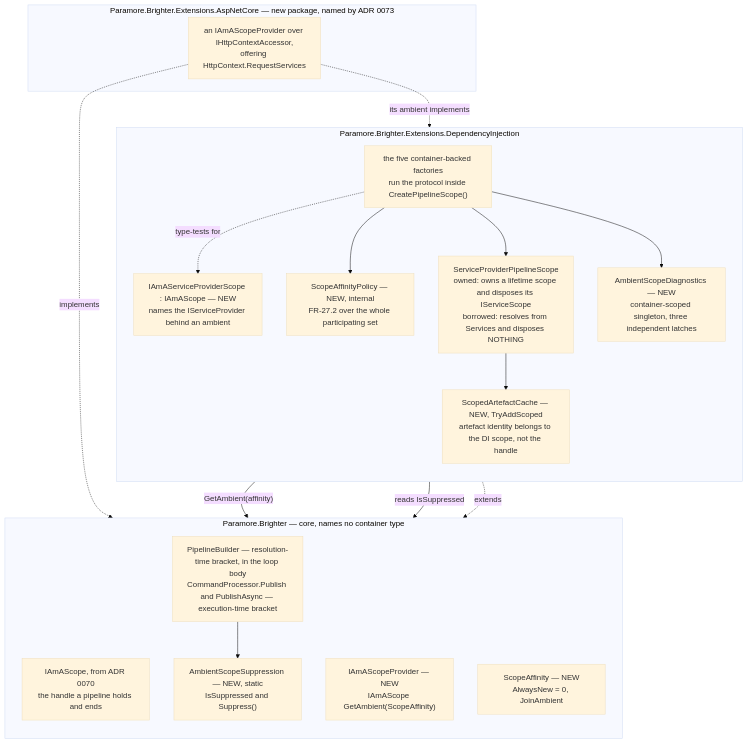
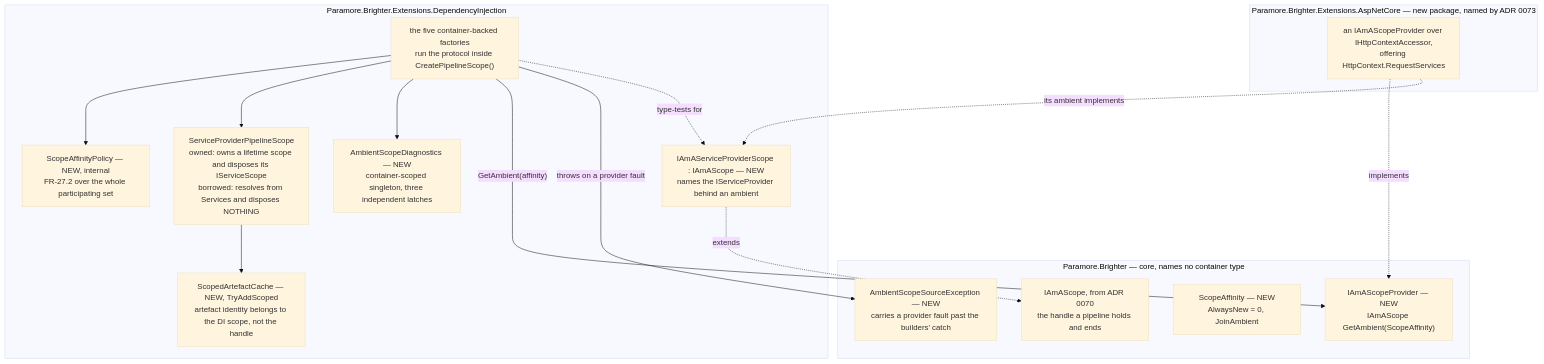
One commit to BrighterCommand/Brighter changed the diagram in docs/adr/0072-ambient-scope-adoption-seam.md. Above: the diagram before and after it, drawn with Mermaid (base theme). The commit also changed other lines of this file and 7 other files, not shown here.

````diff
--- a/docs/adr/0072-ambient-scope-adoption-seam.md
+++ b/docs/adr/0072-ambient-scope-adoption-seam.md
@@ -141,37 +110,33 @@
 ```mermaid
 flowchart TB
     subgraph core["Paramore.Brighter — core, names no container type"]
-        direction TB
         handle["IAmAScope, from ADR 0070<br/>the handle a pipeline holds and ends"]
         provider["IAmAScopeProvider — NEW<br/>IAmAScope GetAmbient(ScopeAffinity)"]
         affinity["ScopeAffinity — NEW<br/>AlwaysNew = 0, JoinAmbient"]
-        suppress["AmbientScopeSuppression — NEW, static<br/>IsSuppressed and Suppress()"]
-        brackets["PipelineBuilder — resolution-time bracket, in the loop body<br/>CommandProcessor.Publish and PublishAsync — execution-time bracket"]
-        brackets --> suppress
+        fault["AmbientScopeSourceException — NEW<br/>carries a provider fault past the builders' catch"]
     end
 
     subgraph di["Paramore.Brighter.Extensions.DependencyInjection"]
-        direction TB
         role["IAmAServiceProviderScope : IAmAScope — NEW<br/>names the IServiceProvider behind an ambient"]
         policy["ScopeAffinityPolicy — NEW, internal<br/>FR-27.2 over the whole participating set"]
         pipescope["ServiceProviderPipelineScope<br/>owned: owns a lifetime scope and disposes its IServiceScope<br/>borrowed: resolves from Services and disposes NOTHING"]
         cache["ScopedArtefactCache — NEW, TryAddScoped<br/>artefact identity belongs to the DI scope, not the handle"]
         diag["AmbientScopeDiagnostics — NEW<br/>container-scoped singleton, three independent latches"]
         facs["the five container-backed factories<br/>run the protocol inside CreatePipelineScope()"]
         facs --> policy
         facs --> pipescope
         facs --> diag
         pipescope --> cache
     end
 
     subgraph aspnet["Paramore.Brighter.Extensions.AspNetCore — new package, named by ADR 0073"]
         asp["an IAmAScopeProvider over IHttpContextAccessor,<br/>offering HttpContext.RequestServices"]
     end
 
     facs -- "GetAmbient(affinity)" --> provider
-    facs -- "reads IsSuppressed" --> suppress
+    facs -- "throws on a provider fault" --> fault
     asp -. "implements" .-> provider
     asp -. "its ambient implements" .-> role
     role -. "extends" .-> handle
     facs -. "type-tests for" .-> role
 ```
````
